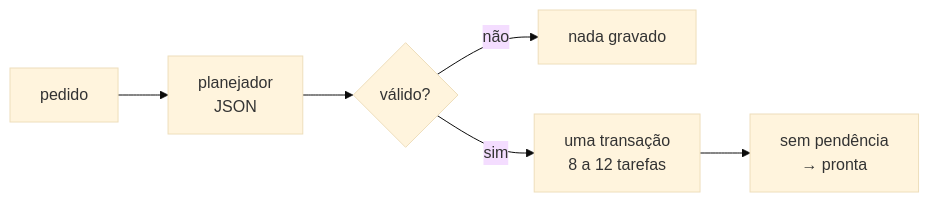
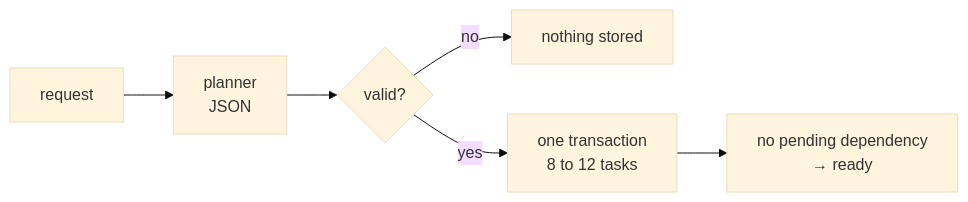
The diagram in docs/tasks/en/E4-task-production-line/FAB-407-from-request-to-tasks-the-planner.md (enzoconsulo/factory-tcc), drawn with Mermaid (base theme) before and after one commit. The commit also changed 52 other files, not shown here.

````diff
--- a/docs/tasks/en/E4-task-production-line/FAB-407-from-request-to-tasks-the-planner.md
+++ b/docs/tasks/en/E4-task-production-line/FAB-407-from-request-to-tasks-the-planner.md
@@ -11,6 +11,6 @@
 ```mermaid
 flowchart LR
-  P["pedido"] --> A["planejador<br/>JSON"] --> V{"válido?"}
-  V -- "não" --> X["nada gravado"]
-  V -- "sim" --> T["uma transação<br/>8 a 12 tarefas"] --> R["sem pendência<br/>→ pronta"]
+  P["request"] --> A["planner<br/>JSON"] --> V{"valid?"}
+  V -- "no" --> X["nothing stored"]
+  V -- "yes" --> T["one transaction<br/>8 to 12 tasks"] --> R["no pending dependency<br/>→ ready"]
 ```
````
